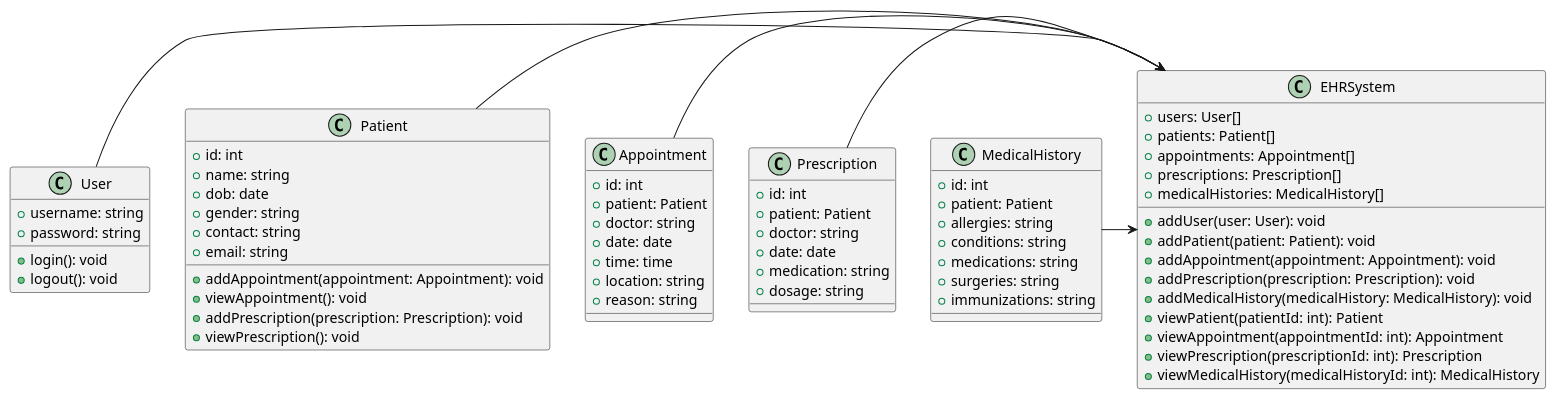
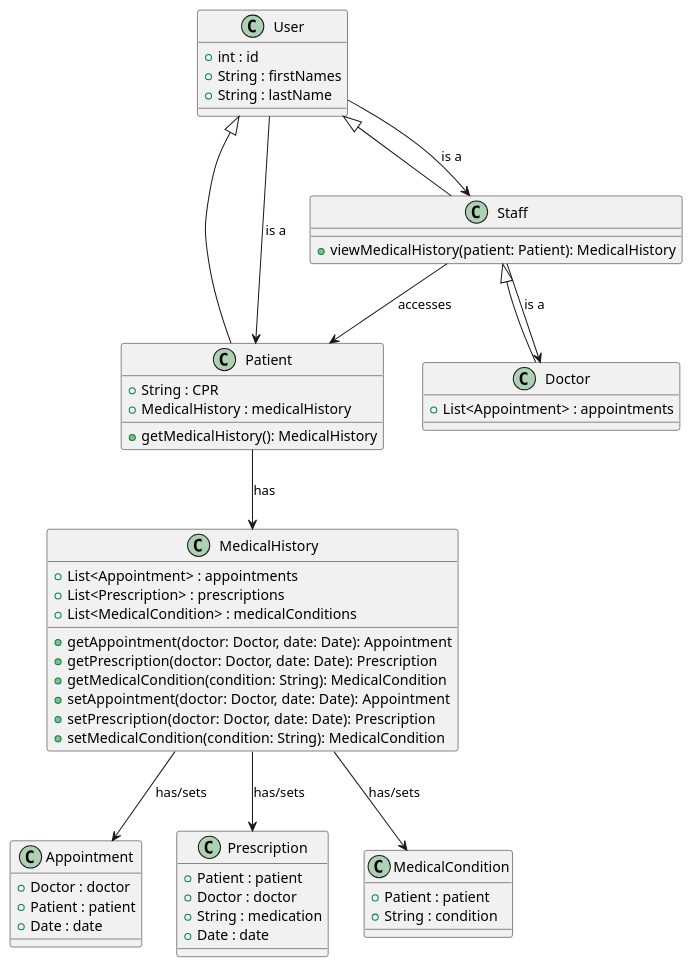
Before and after one commit to smewsh/electronic-health-record: the diagram in uml/class.puml, drawn with PlantUML.

```diff
--- a/uml/class.puml
+++ b/uml/class.puml
@@ -1,75 +1,62 @@
 @startuml
 
 class User {
-  +username: string
-  +password: string
-  +login(): void
-  +logout(): void
+  + int : id
+  + String : firstNames
+  + String : lastName
 }
 
-class Patient {
-  +id: int
-  +name: string
-  +dob: date
-  +gender: string
-  +contact: string
-  +email: string
-  +addAppointment(appointment: Appointment): void
-  +viewAppointment(): void
-  +addPrescription(prescription: Prescription): void
-  +viewPrescription(): void
+class Patient extends User {
+    + String : CPR
+    + MedicalHistory : medicalHistory
+    + getMedicalHistory(): MedicalHistory
+}
+
+class Staff extends User {
+  + viewMedicalHistory(patient: Patient): MedicalHistory
+}
+
+class Doctor extends Staff {
+  + List<Appointment> : appointments
 }
 
 class Appointment {
-  +id: int
-  +patient: Patient
-  +doctor: string
-  +date: date
-  +time: time
-  +location: string
-  +reason: string
+  + Doctor : doctor
+  + Patient : patient
+  + Date : date
 }
 
 class Prescription {
-  +id: int
-  +patient: Patient
-  +doctor: string
-  +date: date
-  +medication: string
-  +dosage: string
+  + Patient : patient
+  + Doctor : doctor
+  + String : medication
+  + Date : date
 }
 
 class MedicalHistory {
-  +id: int
-  +patient: Patient
-  +allergies: string
-  +conditions: string
-  +medications: string
-  +surgeries: string
-  +immunizations: string
+    + List<Appointment> : appointments
+    + List<Prescription> : prescriptions
+    + List<MedicalCondition> : medicalConditions
+    + getAppointment(doctor: Doctor, date: Date): Appointment
+    + getPrescription(doctor: Doctor, date: Date): Prescription
+    + getMedicalCondition(condition: String): MedicalCondition
+    + setAppointment(doctor: Doctor, date: Date): Appointment
+    + setPrescription(doctor: Doctor, date: Date): Prescription
+    + setMedicalCondition(condition: String): MedicalCondition
 }
 
-class EHRSystem {
-  +users: User[]
-  +patients: Patient[]
-  +appointments: Appointment[]
-  +prescriptions: Prescription[]
-  +medicalHistories: MedicalHistory[]
-  +addUser(user: User): void
-  +addPatient(patient: Patient): void
-  +addAppointment(appointment: Appointment): void
-  +addPrescription(prescription: Prescription): void
-  +addMedicalHistory(medicalHistory: MedicalHistory): void
-  +viewPatient(patientId: int): Patient
-  +viewAppointment(appointmentId: int): Appointment
-  +viewPrescription(prescriptionId: int): Prescription
-  +viewMedicalHistory(medicalHistoryId: int): MedicalHistory
+class MedicalCondition {
+  + Patient : patient
+  + String : condition
 }
 
-User -> EHRSystem
-Patient -> EHRSystem
-Appointment -> EHRSystem
-Prescription -> EHRSystem
-MedicalHistory -> EHRSystem
+User --> Patient : is a
+User --> Staff : is a
+Staff --> Doctor : is a
+Patient --> MedicalHistory : has
+Staff --> Patient : accesses
+MedicalHistory --> Appointment : has/sets
+MedicalHistory --> Prescription : has/sets
+MedicalHistory --> MedicalCondition : has/sets
 
 @enduml
```
